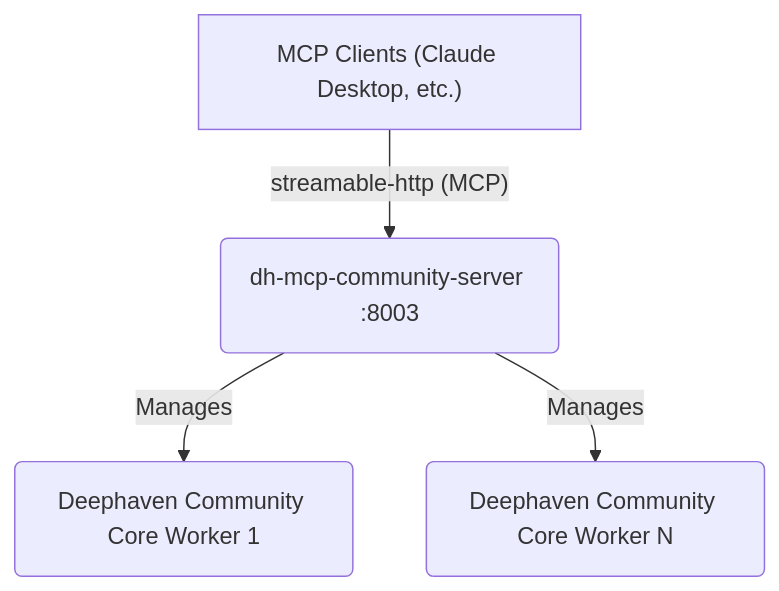
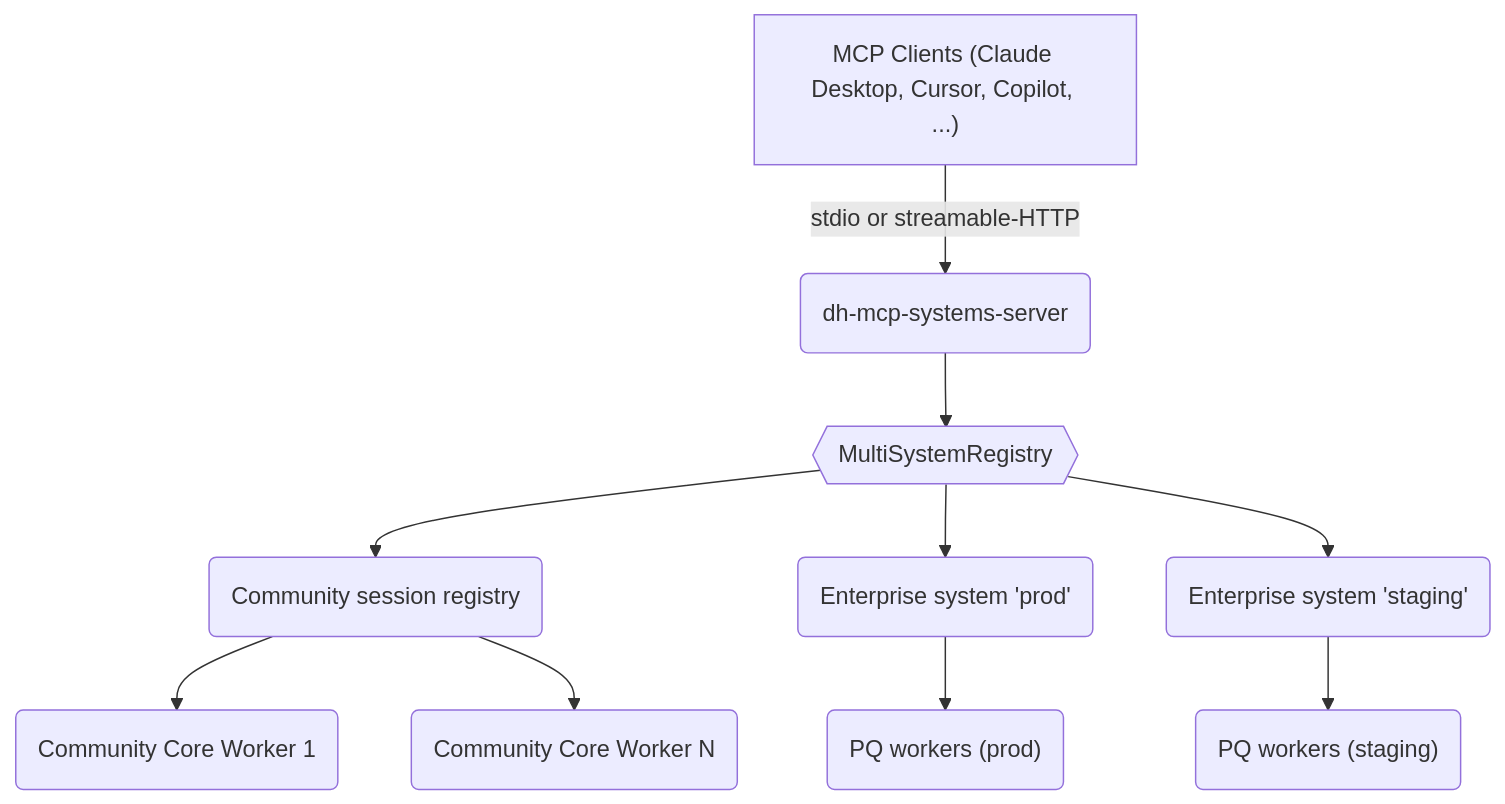
The first of 3 diagrams in docs/DEVELOPER_GUIDE.md (deephaven/deephaven-mcp), drawn with Mermaid before and after one commit. The commit also changed other lines of this file and 180 other files, not shown here.

````diff
--- a/docs/DEVELOPER_GUIDE.md
+++ b/docs/DEVELOPER_GUIDE.md
@@ -224,6 +207,12 @@
 ```mermaid
 graph TD
-    A["MCP Clients (Claude Desktop, etc.)"] --"streamable-http (MCP)"--> B("dh-mcp-community-server :8003")
-    B --"Manages"--> C("Deephaven Community Core Worker 1")
-    B --"Manages"--> D("Deephaven Community Core Worker N")
+    A["MCP Clients (Claude Desktop, Cursor, Copilot, ...)"] --"stdio or streamable-HTTP"--> S("dh-mcp-systems-server")
+    S --> R{{"MultiSystemRegistry"}}
+    R --> CR("Community session registry")
+    R --> E1("Enterprise system 'prod'")
+    R --> E2("Enterprise system 'staging'")
+    CR --> CW1("Community Core Worker 1")
+    CR --> CW2("Community Core Worker N")
+    E1 --> EP("PQ workers (prod)")
+    E2 --> ES("PQ workers (staging)")
 ```
````
